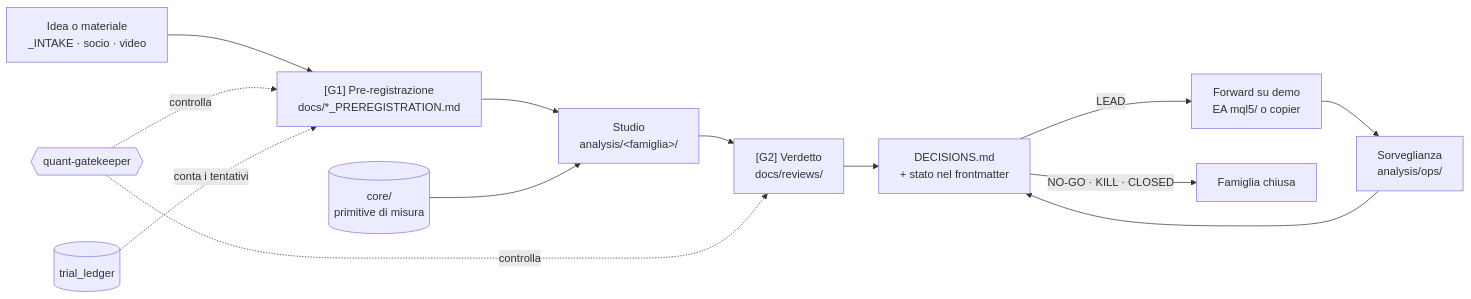
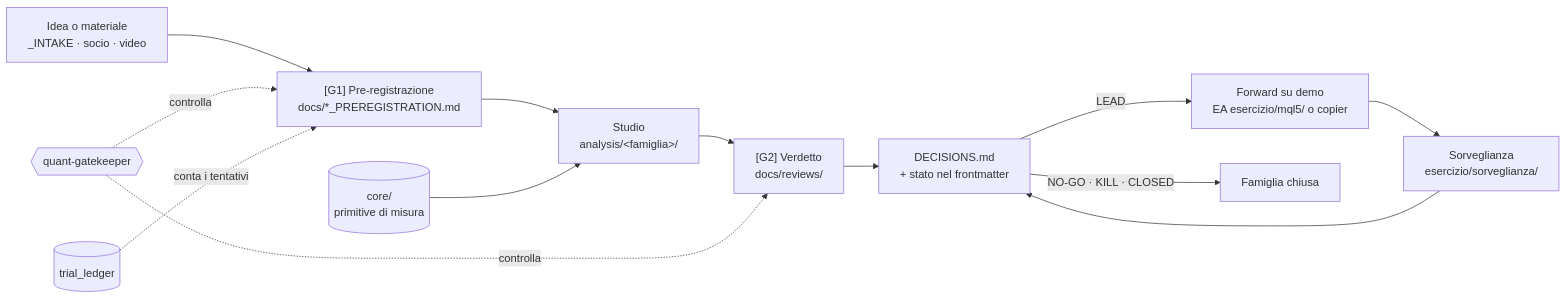
The first of 2 diagrams in mappa/00-panoramica-trad.md (matteoteo2507-stack/trad), drawn with Mermaid before and after one commit. The commit also changed other lines of this file and 80 other files, not shown here.

First line of the commit message:
Riordino: macro esercizio/ (EA, copier, sorveglianza, PAC, prop) e uscita/; strumento di migrazione in motore/riordino

````diff
--- a/mappa/00-panoramica-trad.md
+++ b/mappa/00-panoramica-trad.md
@@ -35,15 +35,15 @@
 ```mermaid
 flowchart LR
   I[Idea o materiale<br/>_INTAKE · socio · video] --> P["[G1] Pre-registrazione<br/>docs/*_PREREGISTRATION.md"]
   P --> S[Studio<br/>analysis/&lt;famiglia&gt;/]
   C[(core/<br/>primitive di misura)] --> S
   S --> V["[G2] Verdetto<br/>docs/reviews/"]
   QG{{quant-gatekeeper}} -. controlla .-> P
   QG -. controlla .-> V
   V --> D[DECISIONS.md<br/>+ stato nel frontmatter]
-  D -->|LEAD| F[Forward su demo<br/>EA mql5/ o copier]
+  D -->|LEAD| F[Forward su demo<br/>EA esercizio/mql5/ o copier]
   D -->|NO-GO · KILL · CLOSED| X[Famiglia chiusa]
-  F --> H[Sorveglianza<br/>analysis/ops/]
+  F --> H[Sorveglianza<br/>esercizio/sorveglianza/]
   H --> D
   T[(trial_ledger)] -. conta i tentativi .-> P
 ```
````
